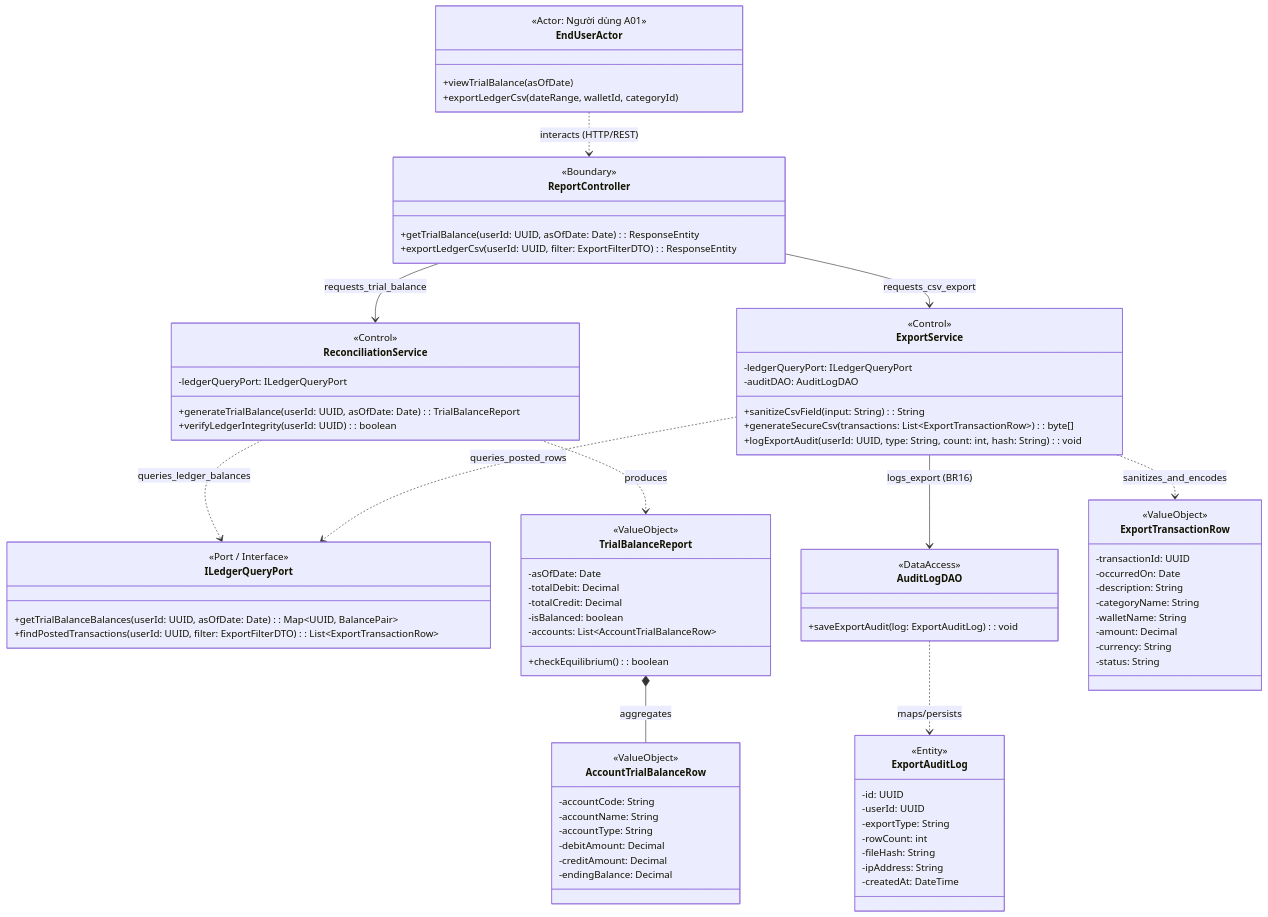
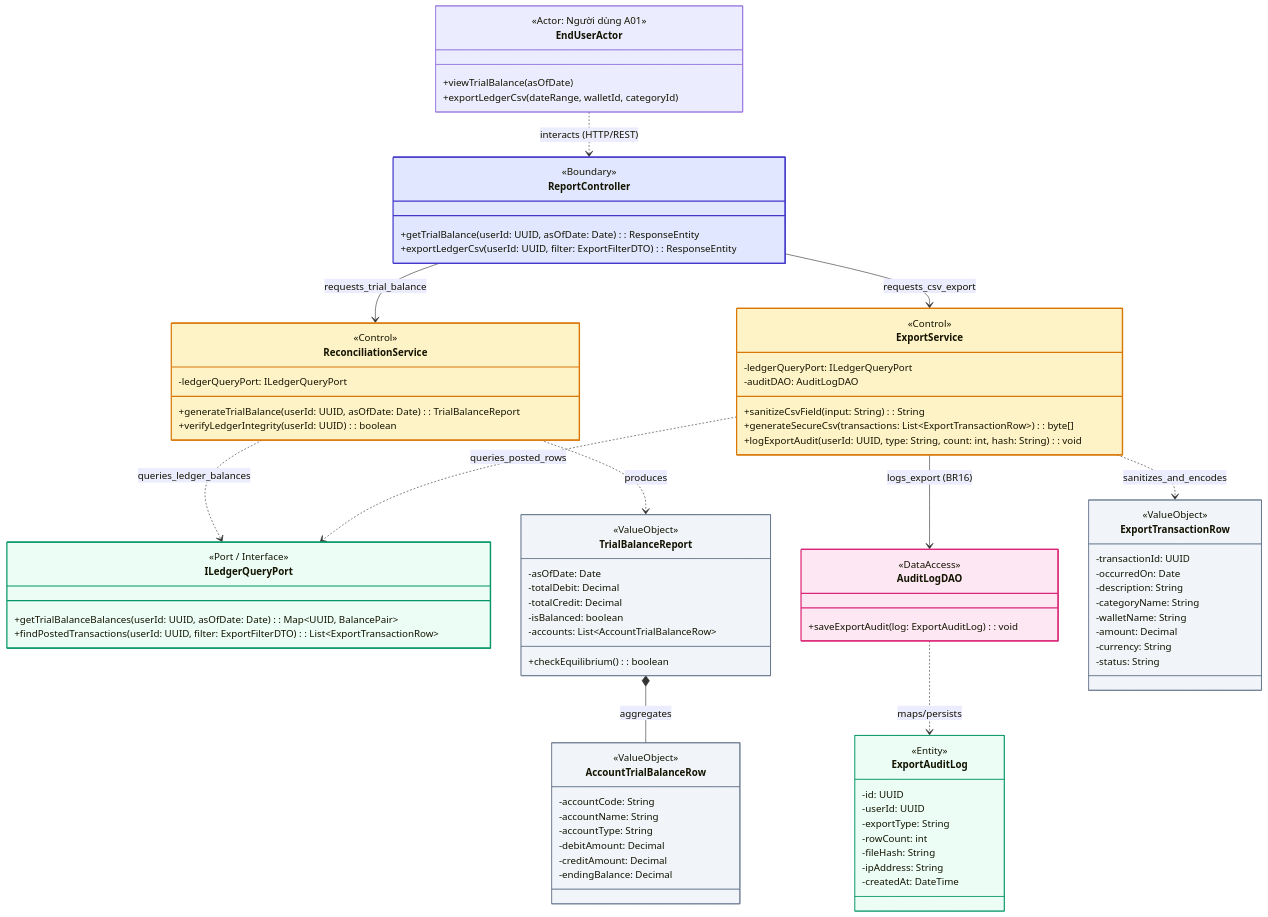
One commit to huytothevoz/SE---Microfinance-Personal-Wealth-Expense-Tracker changed the diagram in docs/02_elaboration/uml_modeling/class_diagram/sources/cd04_reconciliation_csv.mmd. Above: the diagram before and after it, drawn with Mermaid. The commit also changed 9 other files, not shown here.

Commit message:
docs(uml): apply uniform BCE+D color palette and styles to CD01-CD05

```diff
--- a/docs/02_elaboration/uml_modeling/class_diagram/sources/cd04_reconciliation_csv.mmd
+++ b/docs/02_elaboration/uml_modeling/class_diagram/sources/cd04_reconciliation_csv.mmd
@@ -1,113 +1,128 @@
 classDiagram
     direction TB
 
     %% ==========================================
     %% ACTORS (Tác nhân tương tác)
     %% ==========================================
     class EndUserActor {
         <<Actor: Người dùng A01>>
         +viewTrialBalance(asOfDate)
         +exportLedgerCsv(dateRange, walletId, categoryId)
     }
 
     %% ==========================================
     %% BOUNDARY LAYER (Controllers)
     %% ==========================================
     class ReportController {
         <<Boundary>>
         +getTrialBalance(userId: UUID, asOfDate: Date): ResponseEntity
         +exportLedgerCsv(userId: UUID, filter: ExportFilterDTO): ResponseEntity
     }
 
     %% ==========================================
     %% CONTROL LAYER (Services)
     %% ==========================================
     class ReconciliationService {
         <<Control>>
         -ledgerQueryPort: ILedgerQueryPort
         +generateTrialBalance(userId: UUID, asOfDate: Date): TrialBalanceReport
         +verifyLedgerIntegrity(userId: UUID): boolean
     }
 
     class ExportService {
         <<Control>>
         -ledgerQueryPort: ILedgerQueryPort
         -auditDAO: AuditLogDAO
         +sanitizeCsvField(input: String): String
         +generateSecureCsv(transactions: List~ExportTransactionRow~): byte[]
         +logExportAudit(userId: UUID, type: String, count: int, hash: String): void
     }
 
     class ILedgerQueryPort {
         <<Port / Interface>>
         +getTrialBalanceBalances(userId: UUID, asOfDate: Date): Map~UUID, BalancePair~
         +findPostedTransactions(userId: UUID, filter: ExportFilterDTO): List~ExportTransactionRow~
     }
 
     %% ==========================================
     %% DATA ACCESS LAYER (DAOs)
     %% ==========================================
     class AuditLogDAO {
         <<DataAccess>>
         +saveExportAudit(log: ExportAuditLog): void
     }
 
     %% ==========================================
     %% ENTITIES & REPORT VALUE OBJECTS
     %% ==========================================
     class ExportAuditLog {
         <<Entity>>
         -id: UUID
         -userId: UUID
         -exportType: String
         -rowCount: int
         -fileHash: String
         -ipAddress: String
         -createdAt: DateTime
     }
 
     class TrialBalanceReport {
         <<ValueObject>>
         -asOfDate: Date
         -totalDebit: Decimal
         -totalCredit: Decimal
         -isBalanced: boolean
         -accounts: List~AccountTrialBalanceRow~
         +checkEquilibrium(): boolean
     }
 
     class AccountTrialBalanceRow {
         <<ValueObject>>
         -accountCode: String
         -accountName: String
         -accountType: String
         -debitAmount: Decimal
         -creditAmount: Decimal
         -endingBalance: Decimal
     }
 
     class ExportTransactionRow {
         <<ValueObject>>
         -transactionId: UUID
         -occurredOn: Date
         -description: String
         -categoryName: String
         -walletName: String
         -amount: Decimal
         -currency: String
         -status: String
     }
 
     %% ==========================================
     %% RELATIONSHIPS & INTERACTIONS
     %% ==========================================
     EndUserActor ..> ReportController : interacts (HTTP/REST)
     ReportController --> ReconciliationService : requests_trial_balance
     ReportController --> ExportService : requests_csv_export
     ReconciliationService ..> ILedgerQueryPort : queries_ledger_balances
     ExportService ..> ILedgerQueryPort : queries_posted_rows
     ExportService --> AuditLogDAO : logs_export (BR16)
     AuditLogDAO ..> ExportAuditLog : maps/persists
     ReconciliationService ..> TrialBalanceReport : produces
     TrialBalanceReport *-- AccountTrialBalanceRow : aggregates
     ExportService ..> ExportTransactionRow : sanitizes_and_encodes
+
+    %% ==========================================
+    %% STYLES & HIGHLIGHTS (BCE+D Color Palette)
+    %% ==========================================
+    style ReportController fill:#E0E7FF,stroke:#4338CA,stroke-width:2px
+    style ReconciliationService fill:#FEF3C7,stroke:#D97706,stroke-width:2px
+    style ExportService fill:#FEF3C7,stroke:#D97706,stroke-width:2px
+    style ILedgerQueryPort fill:#ECFDF5,stroke:#059669,stroke-width:2px
+    style AuditLogDAO fill:#FCE7F3,stroke:#DB2777,stroke-width:2px
+    style LedgerDAO fill:#FCE7F3,stroke:#DB2777,stroke-width:2px
+    style ExportAuditLog fill:#ECFDF5,stroke:#059669,stroke-width:1px
+    style TrialBalanceReport fill:#F1F5F9,stroke:#64748B,stroke-width:1px
+    style AccountTrialBalanceRow fill:#F1F5F9,stroke:#64748B,stroke-width:1px
+    style ExportTransactionRow fill:#F1F5F9,stroke:#64748B,stroke-width:1px
+    style ExportFormat fill:#F8FAFC,stroke:#94A3B8,stroke-width:1px
```
